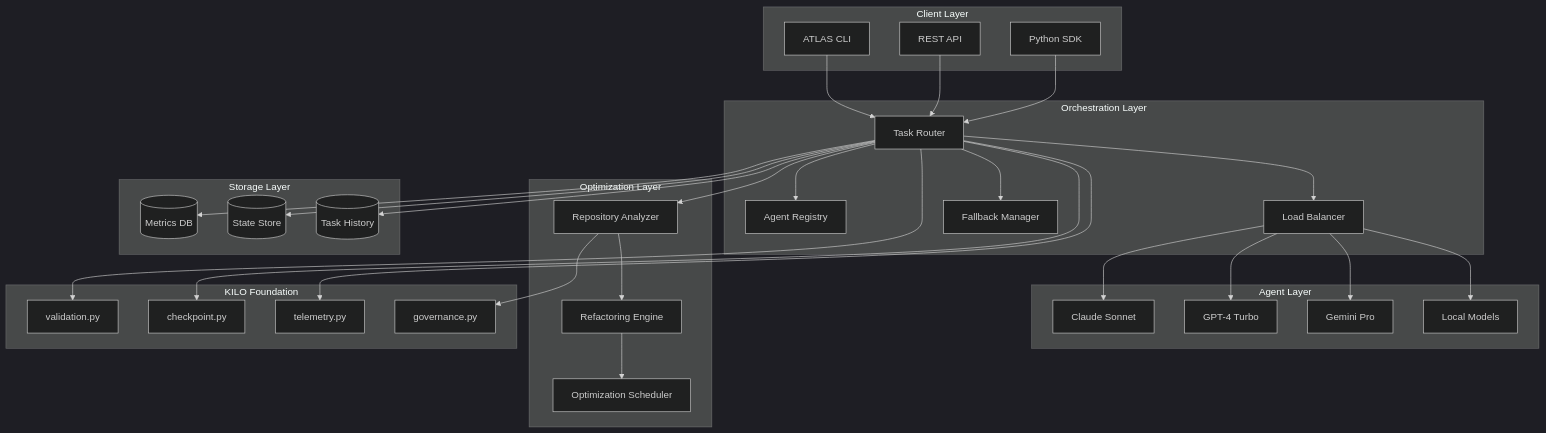
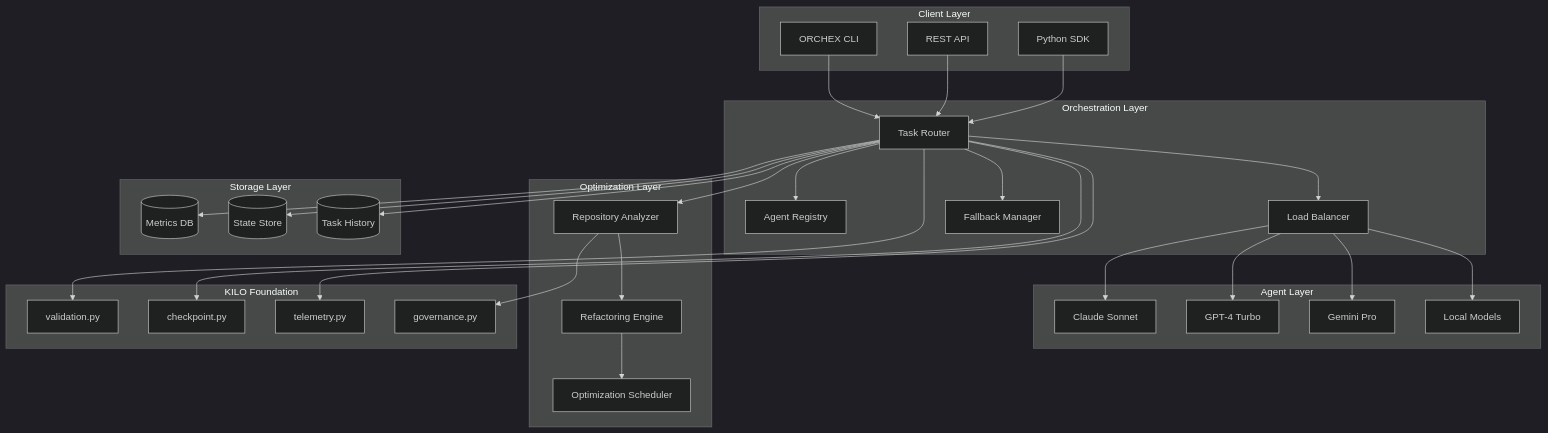
Before and after one commit to alaweimm90/alaweimm90: the first of 6 diagrams in docs/ATLAS-ARCHITECTURE.md, drawn with Mermaid (dark theme). The commit also changed other lines of this file and 543 other files, not shown here.

````diff
--- a/docs/ATLAS-ARCHITECTURE.md
+++ b/docs/ATLAS-ARCHITECTURE.md
@@ -73,67 +73,67 @@
 ```mermaid
 graph TB
     subgraph Client Layer
-        CLI[ATLAS CLI]
+        CLI[ORCHEX CLI]
         API[REST API]
         SDK[Python SDK]
     end
 
     subgraph Orchestration Layer
         Router[Task Router]
         Registry[Agent Registry]
         Balancer[Load Balancer]
         Fallback[Fallback Manager]
     end
 
     subgraph Agent Layer
         Claude[Claude Sonnet]
         GPT4[GPT-4 Turbo]
         Gemini[Gemini Pro]
         Local[Local Models]
     end
 
     subgraph Optimization Layer
         Analyzer[Repository Analyzer]
         Engine[Refactoring Engine]
         Scheduler[Optimization Scheduler]
     end
 
     subgraph Storage Layer
         Metrics[(Metrics DB)]
         State[(State Store)]
         History[(Task History)]
     end
 
     subgraph KILO Foundation
         Validation[validation.py]
         Checkpoint[checkpoint.py]
         Telemetry[telemetry.py]
         Governance[governance.py]
     end
 
     CLI --> Router
     API --> Router
     SDK --> Router
 
     Router --> Registry
     Router --> Balancer
     Router --> Fallback
 
     Balancer --> Claude
     Balancer --> GPT4
     Balancer --> Gemini
     Balancer --> Local
 
     Router --> Analyzer
     Analyzer --> Engine
     Engine --> Scheduler
 
     Router --> Metrics
     Router --> State
     Router --> History
 
     Router --> Validation
     Router --> Checkpoint
     Router --> Telemetry
     Analyzer --> Governance
 ```
````
